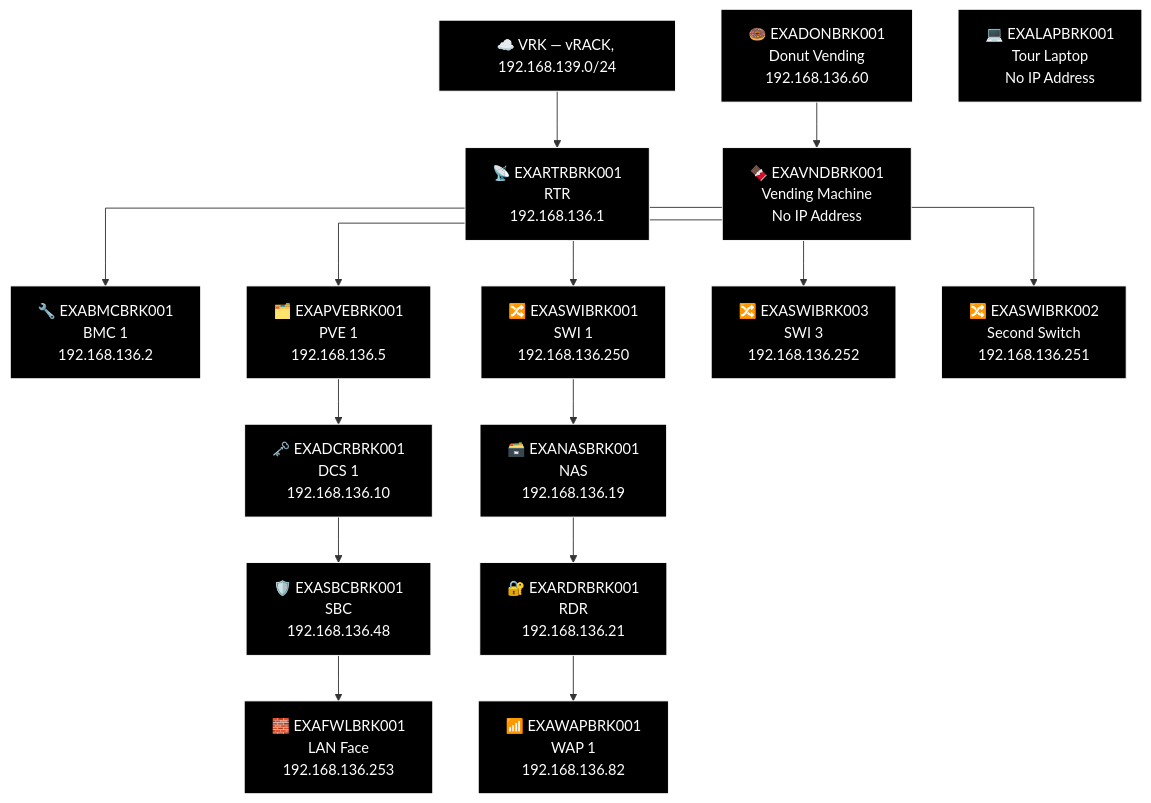
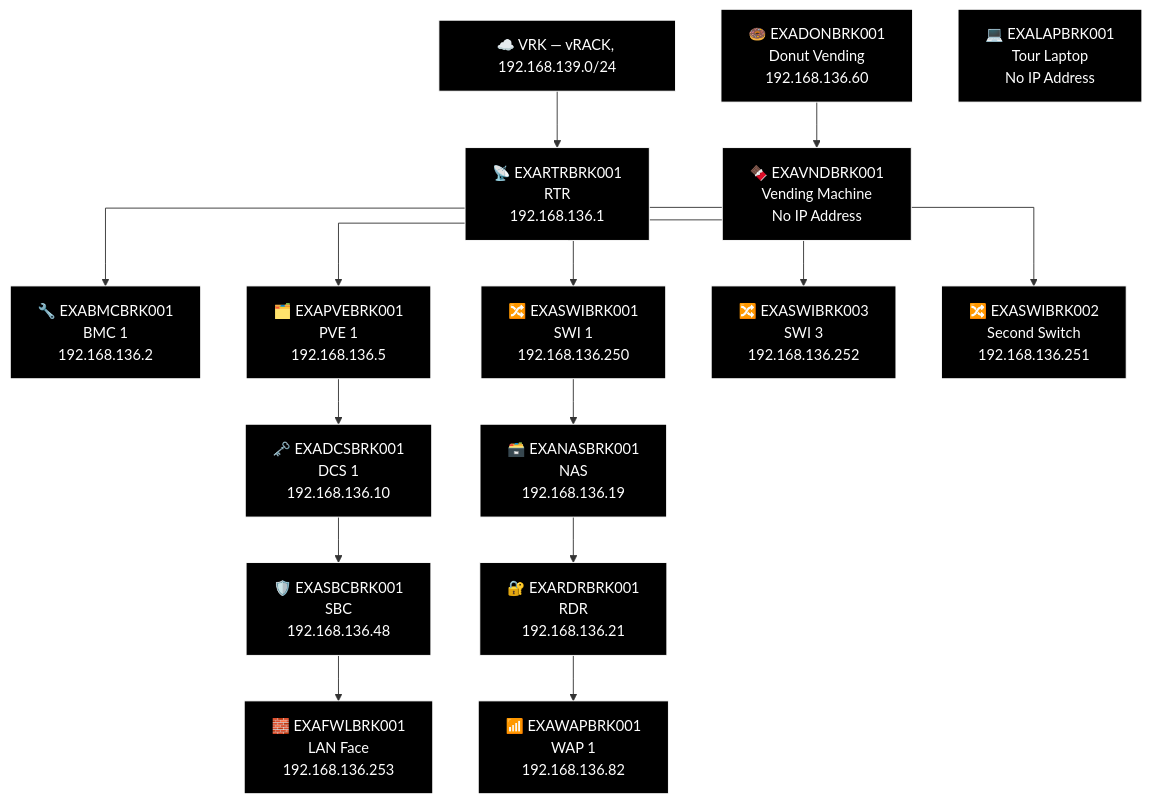
One commit to knightmare2600/example_music_infra changed the third of 8 diagrams in docs/network-diagram/canada.md. Above: the diagram before and after it, drawn with Mermaid. The commit also changed other lines of this file and 11 other files, not shown here.

````diff
--- a/docs/network-diagram/canada.md
+++ b/docs/network-diagram/canada.md
@@ -134,47 +134,47 @@
 ```mermaid
 %% GENERATED:TOPOLOGY:BRK:START
 %%{init: {'flowchart': {'curve': 'stepAfter'}}}%%
 graph TD
     T_VRK["☁️ VRK — vRACK, 192.168.139.0/24"]
     T_RTR["📡 EXARTRBRK001<br/>RTR<br/>192.168.136.1"]
     T_VRK --> T_RTR
     T_BMC["🔧 EXABMCBRK001<br/>BMC 1<br/>192.168.136.2"]
     T_RTR --> T_BMC
     T_PVE["🗂️ EXAPVEBRK001<br/>PVE 1<br/>192.168.136.5"]
     T_RTR --> T_PVE
     T_SWI["🔀 EXASWIBRK001<br/>SWI 1<br/>192.168.136.250"]
     T_RTR --> T_SWI
     T_SWI2["🔀 EXASWIBRK003<br/>SWI 3<br/>192.168.136.252"]
     T_RTR --> T_SWI2
     T_SWI3["🔀 EXASWIBRK002<br/>Second Switch<br/>192.168.136.251"]
     T_RTR --> T_SWI3
     T_NAS["🗃️ EXANASBRK001<br/>NAS<br/>192.168.136.19"]
     T_RDR["🔐 EXARDRBRK001<br/>RDR<br/>192.168.136.21"]
     T_WAP["📶 EXAWAPBRK001<br/>WAP 1<br/>192.168.136.82"]
     T_SWI --> T_NAS --> T_RDR --> T_WAP
-    T_DCS["🗝️ EXADCRBRK001<br/>DCS 1<br/>192.168.136.10"]
+    T_DCS["🗝️ EXADCSBRK001<br/>DCS 1<br/>192.168.136.10"]
     T_SBC["🛡️ EXASBCBRK001<br/>SBC<br/>192.168.136.48"]
     T_FWL["🧱 EXAFWLBRK001<br/>LAN Face<br/>192.168.136.253"]
     T_PVE --> T_DCS --> T_SBC --> T_FWL
     T_DON["🍩 EXADONBRK001<br/>Donut Vending<br/>192.168.136.60"]
     T_LAP["💻 EXALAPBRK001<br/>Tour Laptop<br/>No IP Address"]
     T_VND["🍫 EXAVNDBRK001<br/>Vending Machine<br/>No IP Address"]
     T_DON --> T_VND
     style T_VRK fill:#000000,stroke:#FFFFFF,color:#FFFFFF
     style T_RTR fill:#000000,stroke:#FFFFFF,color:#FFFFFF
     style T_BMC fill:#000000,stroke:#FFFFFF,color:#FFFFFF
     style T_PVE fill:#000000,stroke:#FFFFFF,color:#FFFFFF
     style T_SWI fill:#000000,stroke:#FFFFFF,color:#FFFFFF
     style T_SWI2 fill:#000000,stroke:#FFFFFF,color:#FFFFFF
     style T_SWI3 fill:#000000,stroke:#FFFFFF,color:#FFFFFF
     style T_NAS fill:#000000,stroke:#FFFFFF,color:#FFFFFF
     style T_RDR fill:#000000,stroke:#FFFFFF,color:#FFFFFF
     style T_WAP fill:#000000,stroke:#FFFFFF,color:#FFFFFF
     style T_DCS fill:#000000,stroke:#FFFFFF,color:#FFFFFF
     style T_SBC fill:#000000,stroke:#FFFFFF,color:#FFFFFF
     style T_FWL fill:#000000,stroke:#FFFFFF,color:#FFFFFF
     style T_DON fill:#000000,stroke:#FFFFFF,color:#FFFFFF
     style T_LAP fill:#000000,stroke:#FFFFFF,color:#FFFFFF
     style T_VND fill:#000000,stroke:#FFFFFF,color:#FFFFFF
 %% GENERATED:TOPOLOGY:BRK:END
 ```
````
